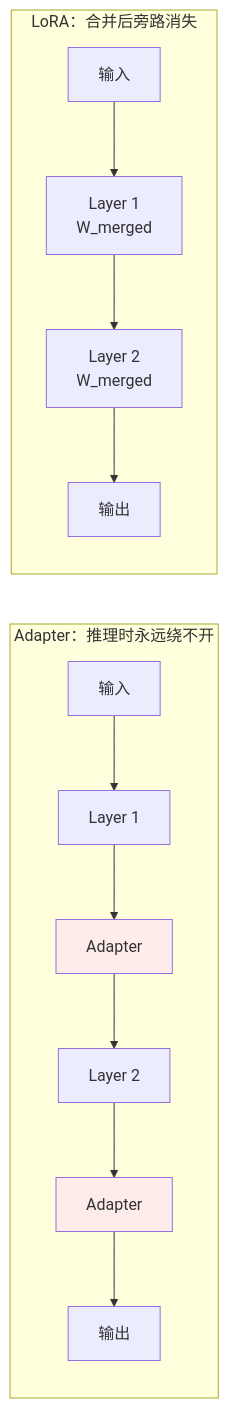
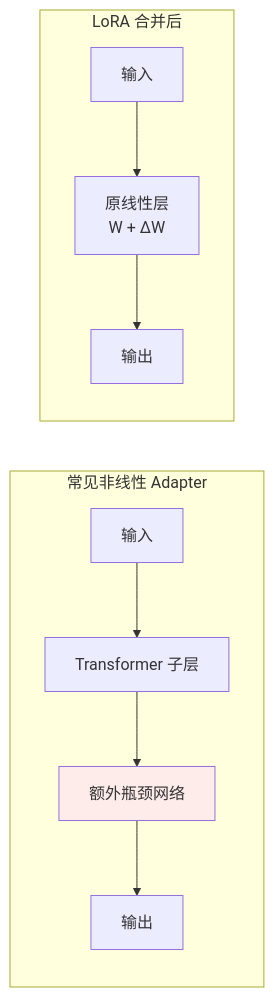
The diagram in docs/llm/02-training-alignment/09-lora.md (oneleaveknowsthefall/awesome-ai-roadmap), drawn with Mermaid before and after one commit. The commit also changed other lines of this file and 45 other files, not shown here.

````diff
--- a/docs/llm/02-training-alignment/09-lora.md
+++ b/docs/llm/02-training-alignment/09-lora.md
@@ -110,12 +106,11 @@
 ```mermaid
 flowchart LR
-    subgraph AD["Adapter：推理时永远绕不开"]
-        X1["输入"] --> L1["Layer 1"] --> AD1["Adapter"] --> L2["Layer 2"] --> AD2["Adapter"] --> O1["输出"]
+    subgraph AD["常见非线性 Adapter"]
+        X1["输入"] --> L1["Transformer 子层"] --> AD1["额外瓶颈网络"] --> O1["输出"]
     end
-    subgraph LR2["LoRA：合并后旁路消失"]
-        X2["输入"] --> M1["Layer 1<br/>W_merged"] --> M2["Layer 2<br/>W_merged"] --> O2["输出"]
+    subgraph LR2["LoRA 合并后"]
+        X2["输入"] --> M1["原线性层<br/>W + ΔW"] --> O2["输出"]
     end
 
     style AD1 fill:#fdecea
-    style AD2 fill:#fdecea
 ```
````
